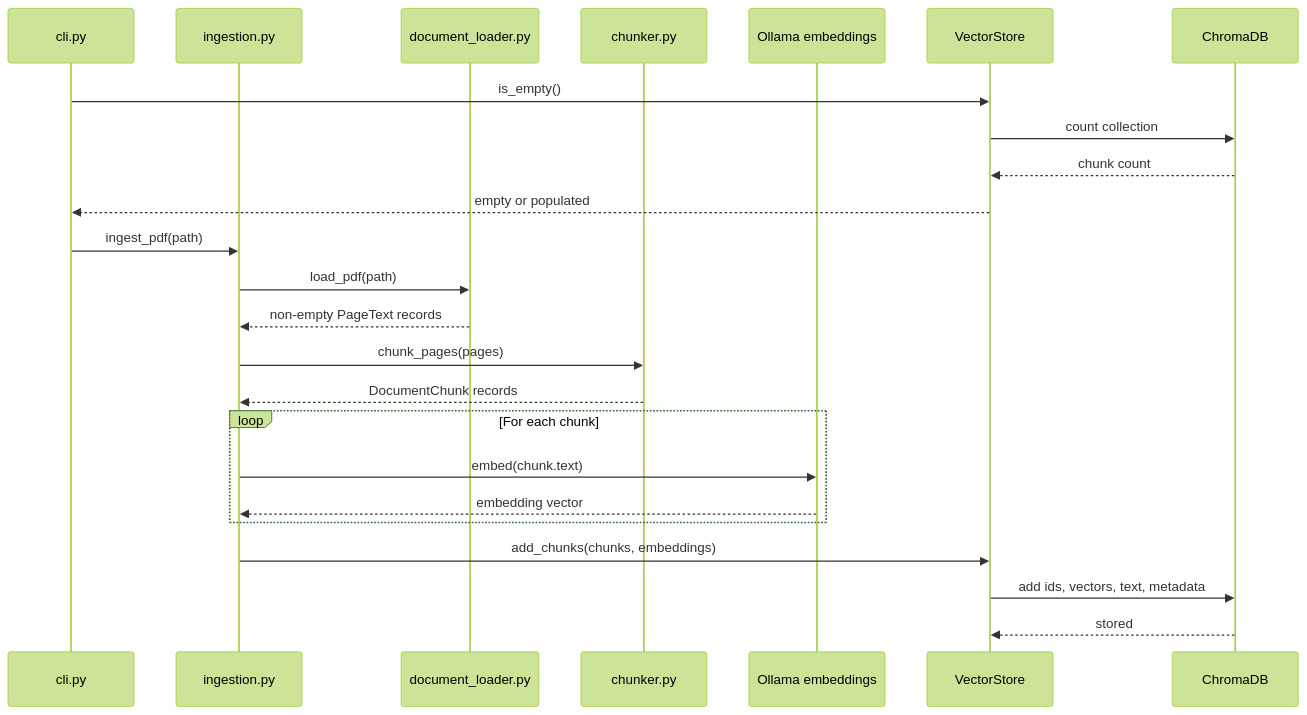
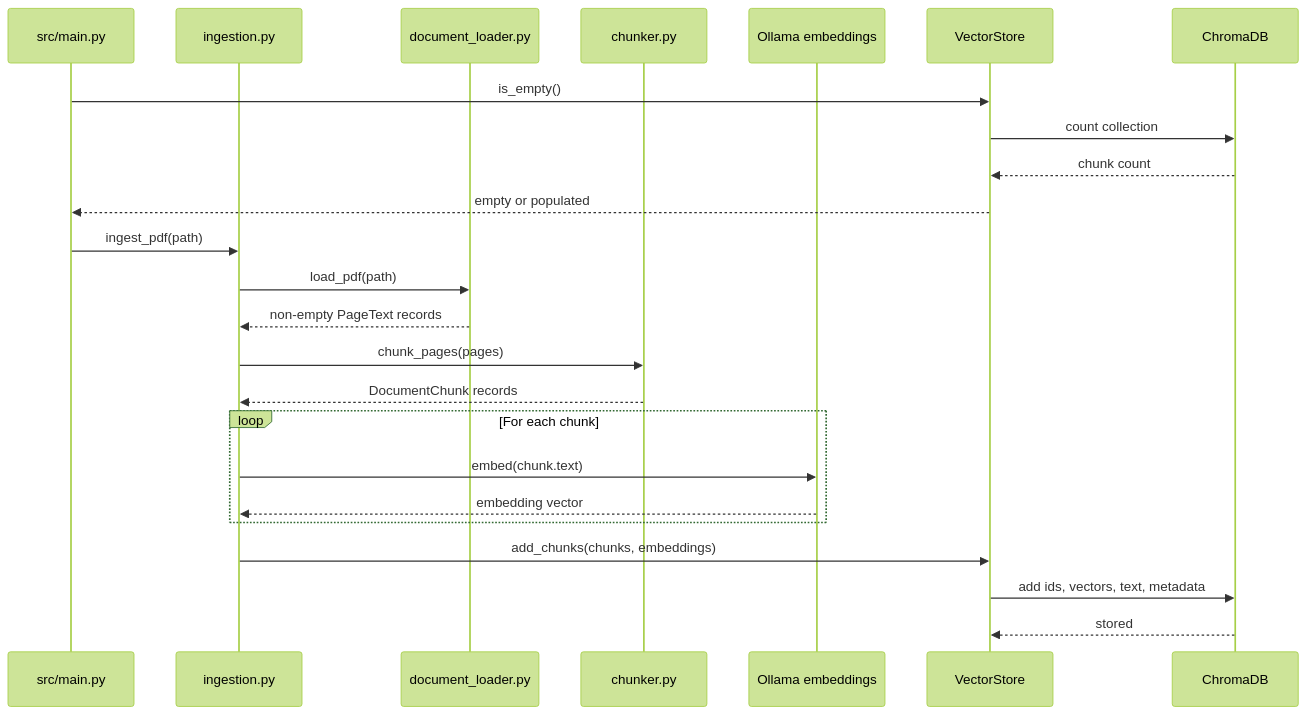
The second of 4 diagrams in README.md (thisismayuresh/rag-document), drawn with Mermaid (forest theme) before and after one commit. The commit also changed other lines of this file and 3 other files, not shown here.

Commit message:
refactor: Removed cli.py and added main.py for better redability

````diff
--- a/README.md
+++ b/README.md
@@ -84,27 +85,27 @@
 ```mermaid
 sequenceDiagram
-    participant CLI as cli.py
+    participant CLI as src/main.py
     participant Ingest as ingestion.py
     participant PDF as document_loader.py
     participant Chunker as chunker.py
     participant Embed as Ollama embeddings
     participant Store as VectorStore
     participant Chroma as ChromaDB
 
     CLI->>Store: is_empty()
     Store->>Chroma: count collection
     Chroma-->>Store: chunk count
     Store-->>CLI: empty or populated
     CLI->>Ingest: ingest_pdf(path)
     Ingest->>PDF: load_pdf(path)
     PDF-->>Ingest: non-empty PageText records
     Ingest->>Chunker: chunk_pages(pages)
     Chunker-->>Ingest: DocumentChunk records
     loop For each chunk
         Ingest->>Embed: embed(chunk.text)
         Embed-->>Ingest: embedding vector
     end
     Ingest->>Store: add_chunks(chunks, embeddings)
     Store->>Chroma: add ids, vectors, text, metadata
     Chroma-->>Store: stored
 ```
````
